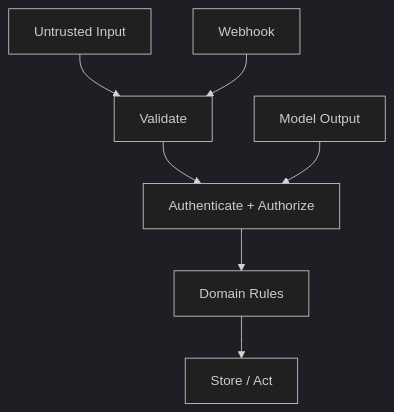
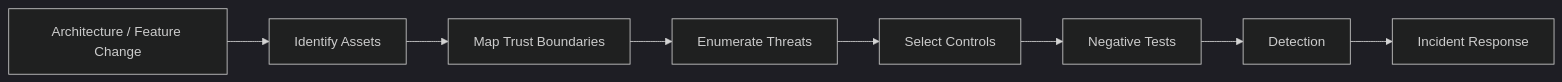
The third of 3 diagrams in docs/security/threat-model.md (D-engahmed/OMILINKS), drawn with Mermaid (dark theme) before and after one commit. The commit also changed other lines of this file and 1 other file, not shown here.

Commit message:
docs: deepen threat model and permission matrix

````diff
--- a/docs/security/threat-model.md
+++ b/docs/security/threat-model.md
@@ -25,9 +137,10 @@
-```mermaid
-flowchart TB
-U[Untrusted Input] --> V[Validate]
-V --> AUTH[Authenticate + Authorize]
-AUTH --> D[Domain Rules]
-D --> ACT[Store / Act]
-MODEL[Model Output] --> AUTH
-WEBHOOK[Webhook] --> V
-```
+~~~mermaid
+flowchart LR
+CHANGE[Architecture / Feature Change] --> ASSET[Identify Assets]
+ASSET --> TRUST[Map Trust Boundaries]
+TRUST --> THREATS[Enumerate Threats]
+THREATS --> CONTROLS[Select Controls]
+CONTROLS --> TESTS[Negative Tests]
+TESTS --> MONITOR[Detection]
+MONITOR --> RESPONSE[Incident Response]
+~~~
````
